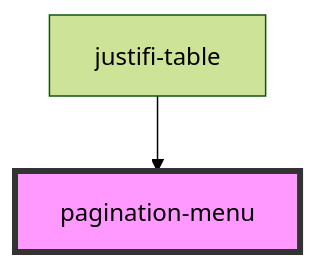
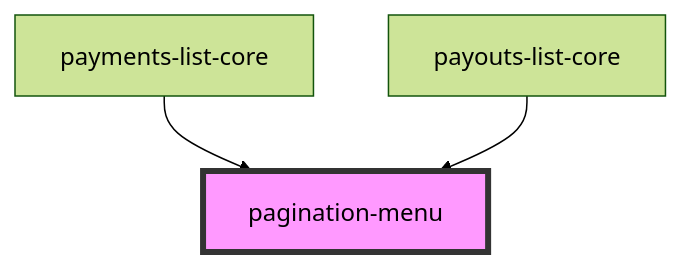
One commit to justifi-tech/web-component-library changed the diagram in packages/webcomponents/src/components/pagination-menu/readme.md. Above: the diagram before and after it, drawn with Mermaid (forest theme). The commit also changed other lines of this file and 18 other files, not shown here.

First line of the commit message:
Removes the justifi-table component from payments-list (#658)

````diff
--- a/packages/webcomponents/src/components/pagination-menu/readme.md
+++ b/packages/webcomponents/src/components/pagination-menu/readme.md
@@ -31,5 +32,6 @@
 ```mermaid
 graph TD;
-  justifi-table --> pagination-menu
+  payments-list-core --> pagination-menu
+  payouts-list-core --> pagination-menu
   style pagination-menu fill:#f9f,stroke:#333,stroke-width:4px
 ```
````
